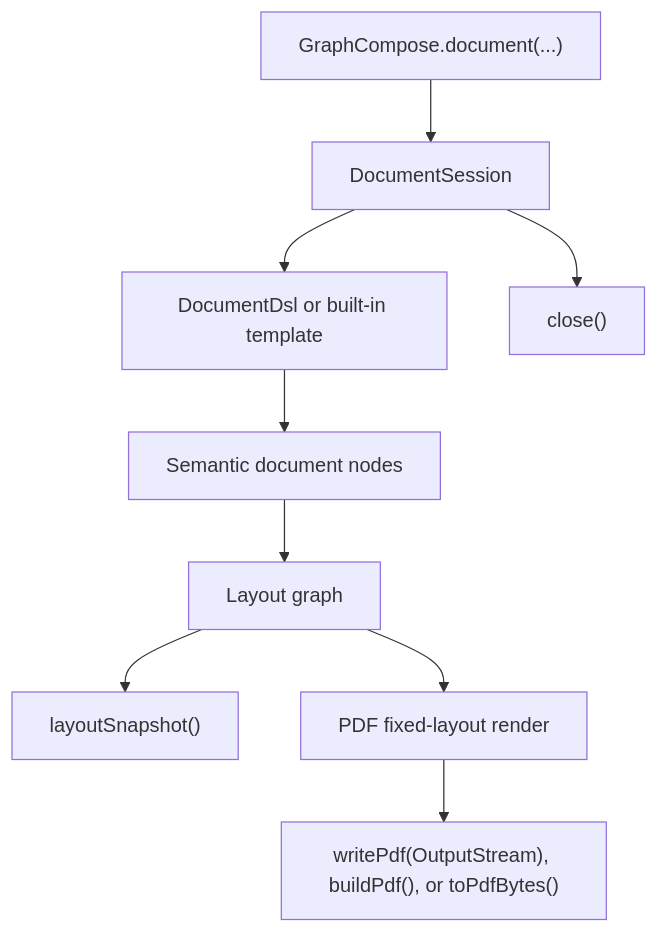
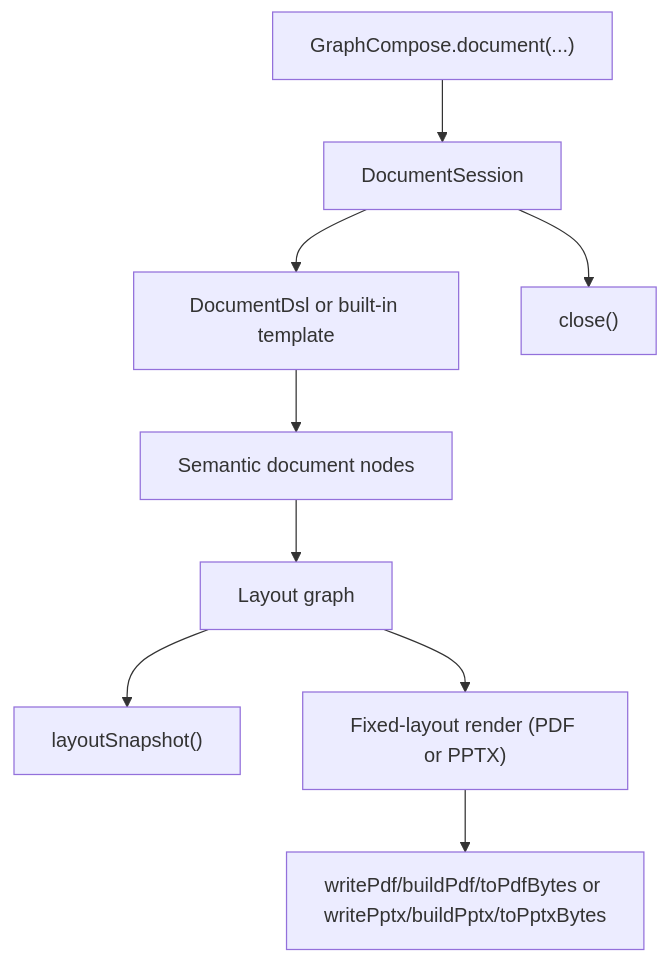
The diagram in docs/architecture/lifecycle.md (DemchaAV/GraphCompose), drawn with Mermaid before and after one commit. The commit also changed 9 other files, not shown here.

Commit message:
feat(api): PPTX convenience trio on DocumentSession (toPptxBytes/writePptx/buildPptx)

````diff
--- a/docs/architecture/lifecycle.md
+++ b/docs/architecture/lifecycle.md
@@ -15,11 +15,11 @@
 ```mermaid
 flowchart TD
     Entry["GraphCompose.document(...)"] --> Session["DocumentSession"]
     Session --> Authoring["DocumentDsl or built-in template"]
     Authoring --> Nodes["Semantic document nodes"]
     Nodes --> Layout["Layout graph"]
     Layout --> Snapshot["layoutSnapshot()"]
-    Layout --> Render["PDF fixed-layout render"]
-    Render --> Output["writePdf(OutputStream), buildPdf(), or toPdfBytes()"]
+    Layout --> Render["Fixed-layout render (PDF or PPTX)"]
+    Render --> Output["writePdf/buildPdf/toPdfBytes or writePptx/buildPptx/toPptxBytes"]
     Session --> Close["close()"]
 ```
````
